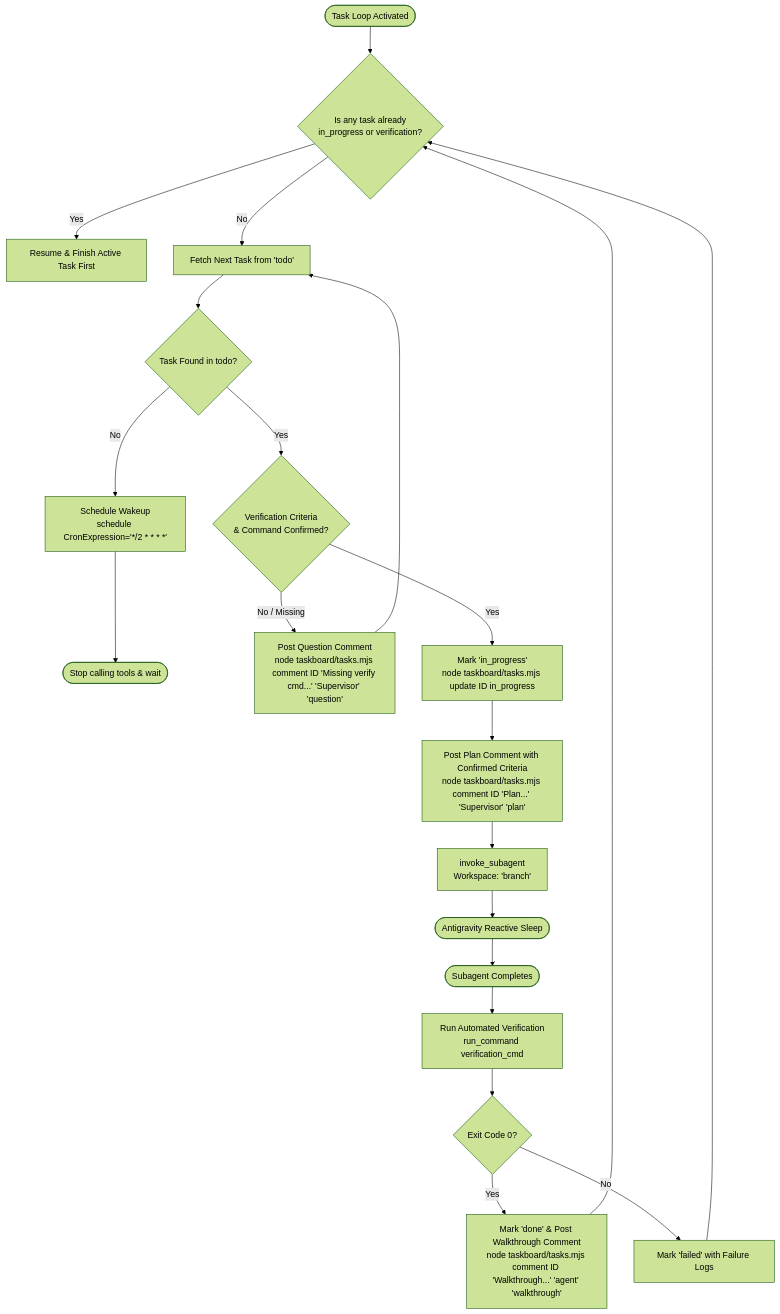
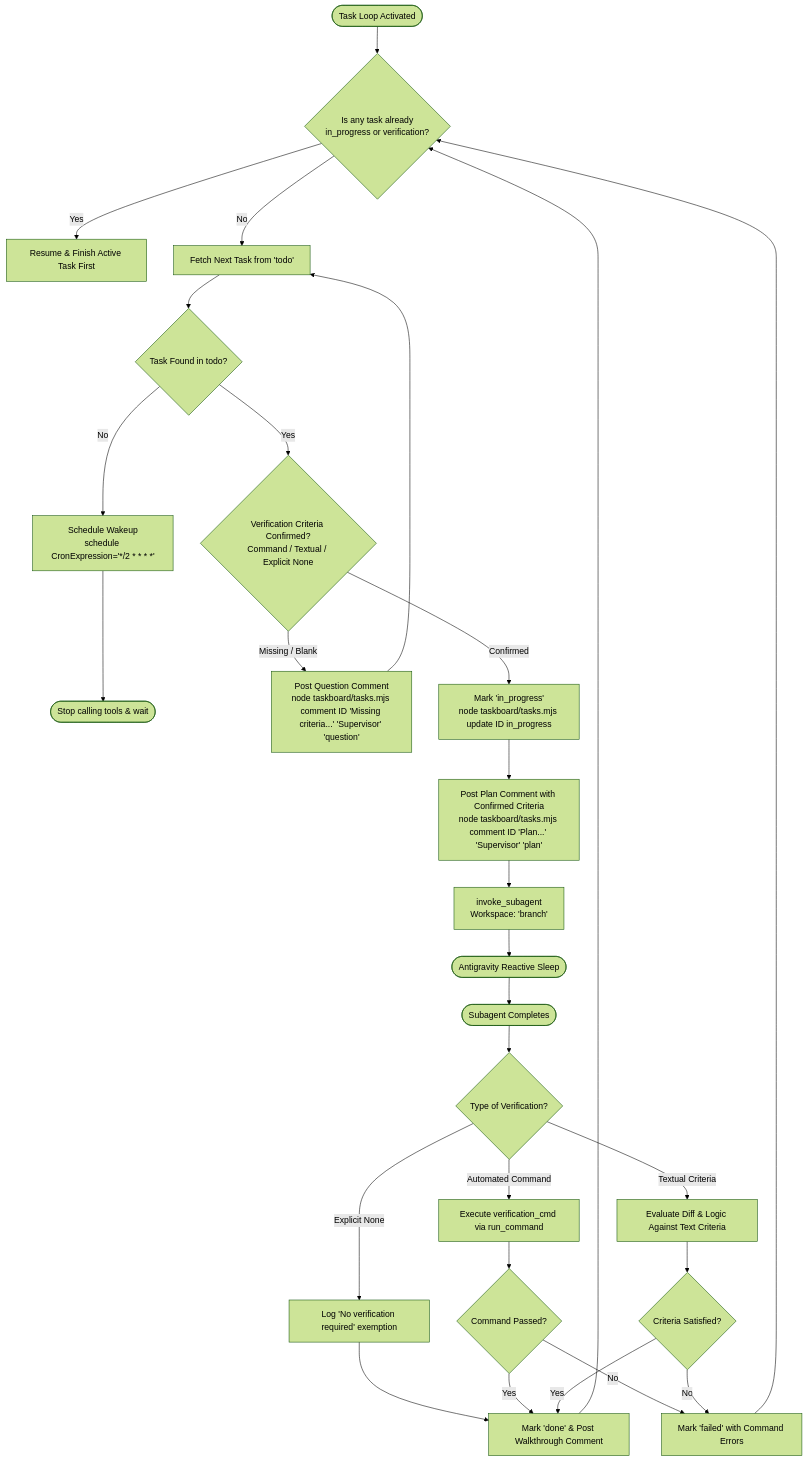
The diagram in skills/task-loop/SKILL.md (svylabs/antigravity-taskboard), drawn with Mermaid (forest theme) before and after one commit. The commit also changed other lines of this file and 2 other files, not shown here.

Commit message:
feat: support textual verification criteria and explicit no-verification-required exemption

````diff
--- a/skills/task-loop/SKILL.md
+++ b/skills/task-loop/SKILL.md
@@ -25,31 +29,41 @@
 ```mermaid
 flowchart TD
     Start([Task Loop Activated]) --> CheckActive{Is any task already\nin_progress or verification?}
     
     CheckActive -->|Yes| Resume[Resume & Finish Active Task First]
     CheckActive -->|No| FetchNext[Fetch Next Task from 'todo']
     
     FetchNext --> Found{Task Found in todo?}
     Found -->|No| Schedule[Schedule Wakeup\nschedule CronExpression='*/2 * * * *']
     Schedule --> Yield([Stop calling tools & wait])
     
-    Found -->|Yes| GateCheck{Verification Criteria\n& Command Confirmed?}
+    Found -->|Yes| GateCheck{Verification Criteria Confirmed?\nCommand / Textual / Explicit None}
     
-    GateCheck -->|No / Missing| PostQ[Post Question Comment\nnode taskboard/tasks.mjs comment ID 'Missing verify cmd...' 'Supervisor' 'question']
+    GateCheck -->|Missing / Blank| PostQ[Post Question Comment\nnode taskboard/tasks.mjs comment ID 'Missing criteria...' 'Supervisor' 'question']
     PostQ --> FetchNext
     
-    GateCheck -->|Yes| Claim[Mark 'in_progress'\nnode taskboard/tasks.mjs update ID in_progress]
+    GateCheck -->|Confirmed| Claim[Mark 'in_progress'\nnode taskboard/tasks.mjs update ID in_progress]
     Claim --> Plan[Post Plan Comment with Confirmed Criteria\nnode taskboard/tasks.mjs comment ID 'Plan...' 'Supervisor' 'plan']
     Plan --> Spawn[invoke_subagent\nWorkspace: 'branch']
     Spawn --> Sleep([Antigravity Reactive Sleep])
     
     Sleep --> Wakeup([Subagent Completes])
-    Wakeup --> Verify[Run Automated Verification\nrun_command verification_cmd]
+    Wakeup --> VerificationType{Type of Verification?}
     
-    Verify --> TestPass{Exit Code 0?}
-    TestPass -->|Yes| MarkDone[Mark 'done' & Post Walkthrough Comment\nnode taskboard/tasks.mjs comment ID 'Walkthrough...' 'agent' 'walkthrough']
-    TestPass -->|No| MarkFail[Mark 'failed' with Failure Logs]
+    VerificationType -->|Automated Command| RunCmd[Execute verification_cmd via run_command]
+    VerificationType -->|Textual Criteria| EvalText[Evaluate Diff & Logic Against Text Criteria]
+    VerificationType -->|Explicit None| SkipVerify[Log 'No verification required' exemption]
+    
+    RunCmd --> TestPass{Command Passed?}
+    EvalText --> CriteriaMet{Criteria Satisfied?}
+    SkipVerify --> MarkDone
+    
+    TestPass -->|Yes| MarkDone[Mark 'done' & Post Walkthrough Comment]
+    TestPass -->|No| MarkFail[Mark 'failed' with Command Errors]
+    
+    CriteriaMet -->|Yes| MarkDone
+    CriteriaMet -->|No| MarkFail
     
     MarkDone --> CheckActive
     MarkFail --> CheckActive
 ```
````
